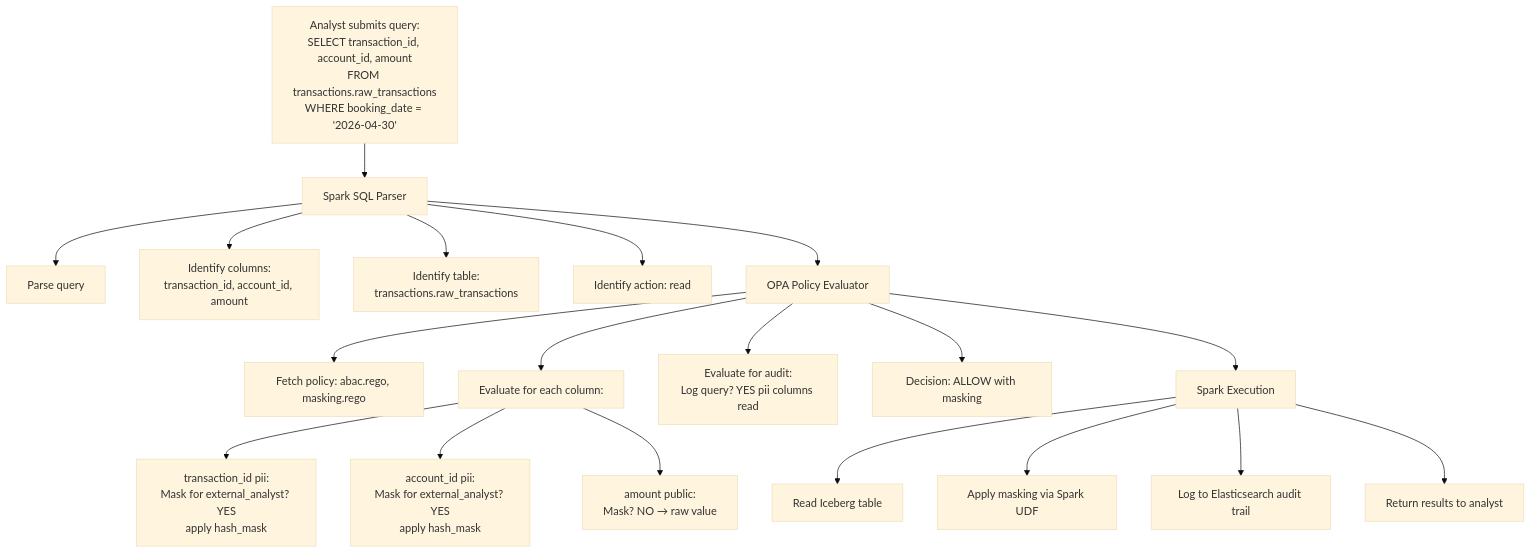
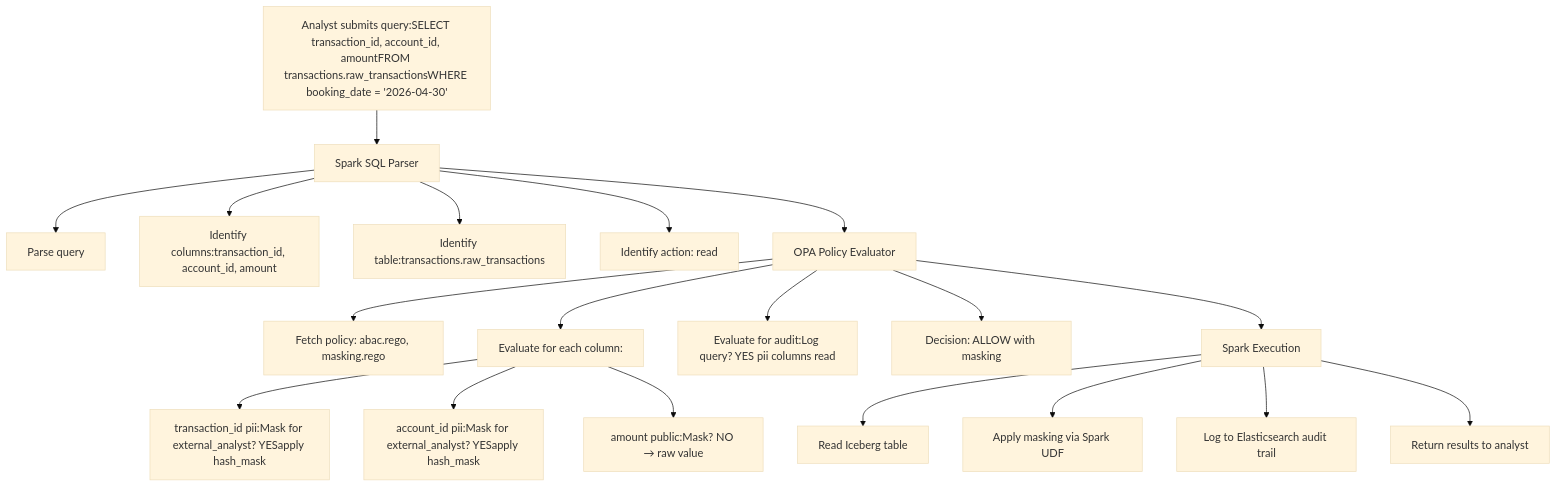
The fifth of 5 diagrams in docs/platform/governance.md (naren-chakraview/chakraview-fintech-data-mesh), drawn with Mermaid (base theme) before and after one commit. The commit also changed other lines of this file and 9 other files, not shown here.

Commit message:
fix: remove HTML br tags from mermaid diagrams and fix diagram syntax for v11 compatibility

````diff
--- a/docs/platform/governance.md
+++ b/docs/platform/governance.md
@@ -308,28 +308,28 @@
 ```mermaid
 graph TD
-    A["Analyst submits query:<br/>SELECT transaction_id, account_id, amount<br/>FROM transactions.raw_transactions<br/>WHERE booking_date = '2026-04-30'"]
+    A["Analyst submits query:SELECT transaction_id, account_id, amountFROM transactions.raw_transactionsWHERE booking_date = '2026-04-30'"]
     
     B["Spark SQL Parser"]
     A --> B
     B --> B1["Parse query"]
-    B --> B2["Identify columns:<br/>transaction_id, account_id, amount"]
-    B --> B3["Identify table:<br/>transactions.raw_transactions"]
+    B --> B2["Identify columns:transaction_id, account_id, amount"]
+    B --> B3["Identify table:transactions.raw_transactions"]
     B --> B4["Identify action: read"]
     
     C["OPA Policy Evaluator"]
     B --> C
     C --> C1["Fetch policy: abac.rego, masking.rego"]
     C --> C2["Evaluate for each column:"]
-    C2 --> C2a["transaction_id pii:<br/>Mask for external_analyst? YES<br/>apply hash_mask"]
-    C2 --> C2b["account_id pii:<br/>Mask for external_analyst? YES<br/>apply hash_mask"]
-    C2 --> C2c["amount public:<br/>Mask? NO → raw value"]
-    C --> C3["Evaluate for audit:<br/>Log query? YES pii columns read"]
+    C2 --> C2a["transaction_id pii:Mask for external_analyst? YESapply hash_mask"]
+    C2 --> C2b["account_id pii:Mask for external_analyst? YESapply hash_mask"]
+    C2 --> C2c["amount public:Mask? NO → raw value"]
+    C --> C3["Evaluate for audit:Log query? YES pii columns read"]
     C --> C4["Decision: ALLOW with masking"]
     
     D["Spark Execution"]
     C --> D
     D --> D1["Read Iceberg table"]
     D --> D2["Apply masking via Spark UDF"]
     D --> D3["Log to Elasticsearch audit trail"]
     D --> D4["Return results to analyst"]
 ```
````
